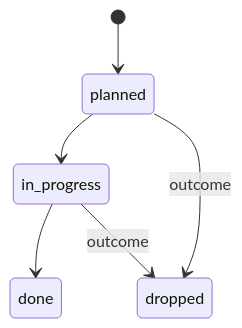
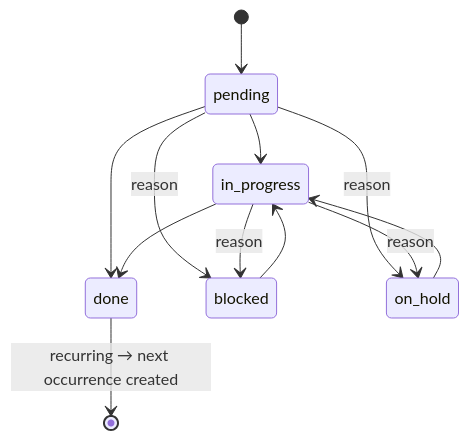
Diagram 16 of 17 in apps/business-ops-os/docs/WORKFLOWS.md (team832/Elevate-OS), drawn with Mermaid before and after one commit. The commit also changed other lines of this file and 773 other files, not shown here.

````diff
--- a/apps/business-ops-os/docs/WORKFLOWS.md
+++ b/apps/business-ops-os/docs/WORKFLOWS.md
@@ -266,8 +293,14 @@
 ```mermaid
 stateDiagram-v2
-  [*] --> planned
-  planned --> in_progress
+  [*] --> pending
+  pending --> in_progress
+  pending --> done
   in_progress --> done
-  planned --> dropped: outcome
-  in_progress --> dropped: outcome
+  pending --> blocked: reason
+  in_progress --> blocked: reason
+  pending --> on_hold: reason
+  in_progress --> on_hold: reason
+  blocked --> in_progress
+  on_hold --> in_progress
+  done --> [*]: recurring → next occurrence created
 ```
````
